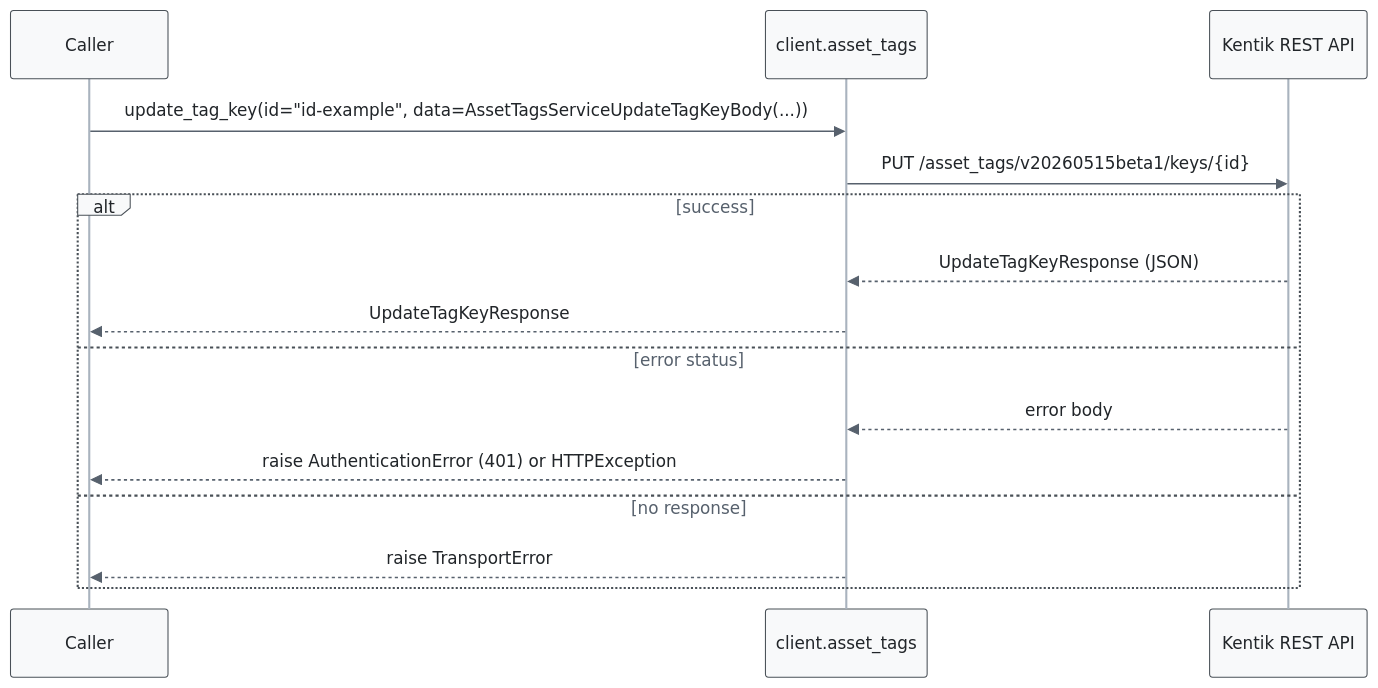
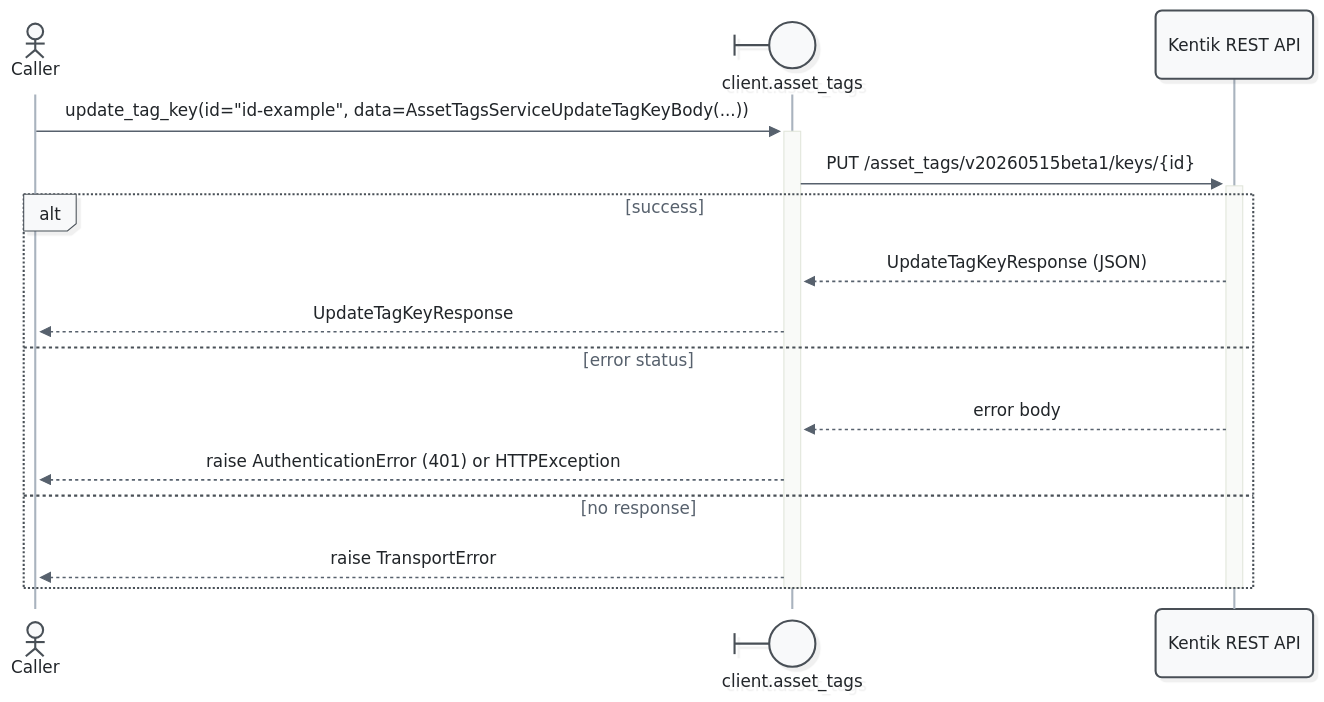
Before and after one commit to alexdearaujo/community_sdk_python: the ninth of 19 diagrams in docs/sphinx/services/asset_tags.md, drawn with Mermaid. The commit also changed other lines of this file and 52 other files, not shown here.

First line of the commit message:
docs: Mermaid 12 sequence diagrams with participant types and path colors

````diff
--- a/docs/sphinx/services/asset_tags.md
+++ b/docs/sphinx/services/asset_tags.md
@@ -340,19 +360,21 @@
 ```mermaid
-%%{init: {"theme": "base", "fontFamily": "ui-monospace, SFMono-Regular, Menlo, monospace", "themeVariables": {"fontFamily": "ui-monospace, SFMono-Regular, Menlo, monospace", "primaryColor": "#f8f9fa", "primaryBorderColor": "#495057", "primaryTextColor": "#212529", "textColor": "#212529", "lineColor": "#77818c", "edgeLabelBackground": "#ffffff", "actorBkg": "#f8f9fa", "actorBorder": "#495057", "actorTextColor": "#212529", "actorLineColor": "#a9b3be", "signalColor": "#57616d", "signalTextColor": "#212529", "labelBoxBkgColor": "#f8f9fa", "labelBoxBorderColor": "#495057", "labelTextColor": "#212529", "loopTextColor": "#57616d", "noteBkgColor": "#fff9db", "noteBorderColor": "#f08c00", "noteTextColor": "#a35a00"}, "flowchart": {"curve": "step", "nodeSpacing": 30, "rankSpacing": 70, "wrappingWidth": 400}}}%%
+%%{init: {"theme": "redux", "look": "neo", "layout": "dagre", "fontFamily": "ui-monospace, SFMono-Regular, Menlo, monospace", "themeVariables": {"fontFamily": "ui-monospace, SFMono-Regular, Menlo, monospace", "primaryColor": "#f8f9fa", "primaryBorderColor": "#495057", "primaryTextColor": "#212529", "textColor": "#212529", "lineColor": "#77818c", "edgeLabelBackground": "#ffffff", "actorBkg": "#f8f9fa", "actorBorder": "#495057", "actorTextColor": "#212529", "actorLineColor": "#a9b3be", "signalColor": "#57616d", "signalTextColor": "#212529", "labelBoxBkgColor": "#f8f9fa", "labelBoxBorderColor": "#495057", "labelTextColor": "#212529", "loopTextColor": "#57616d", "noteBkgColor": "#fff9db", "noteBorderColor": "#f08c00", "noteTextColor": "#a35a00"}, "sequence": {"activationWidth": 16}, "flowchart": {"curve": "step", "nodeSpacing": 30, "rankSpacing": 70, "wrappingWidth": 400}}}%%
 sequenceDiagram
-    participant C as Caller
-    participant W as client.asset_tags
+    actor C as Caller
+    participant W@{ "type": "boundary" } as client.asset_tags
     participant API as Kentik REST API
 
-    C->>W: update_tag_key(id="id-example", data=AssetTagsServiceUpdateTagKeyBody(...))
-    W->>API: PUT /asset_tags/v20260515beta1/keys/{id}
+    C->>+W: update_tag_key(id="id-example", data=AssetTagsServiceUpdateTagKeyBody(...))
+    W->>+API: PUT /asset_tags/v20260515beta1/keys/{id}
     alt success
         API-->>W: UpdateTagKeyResponse (JSON)
         W-->>C: UpdateTagKeyResponse
     else error status
         API-->>W: error body
         W-->>C: raise AuthenticationError (401) or HTTPException
     else no response
         W-->>C: raise TransportError
     end
+    deactivate API
+    deactivate W
 ```
````
